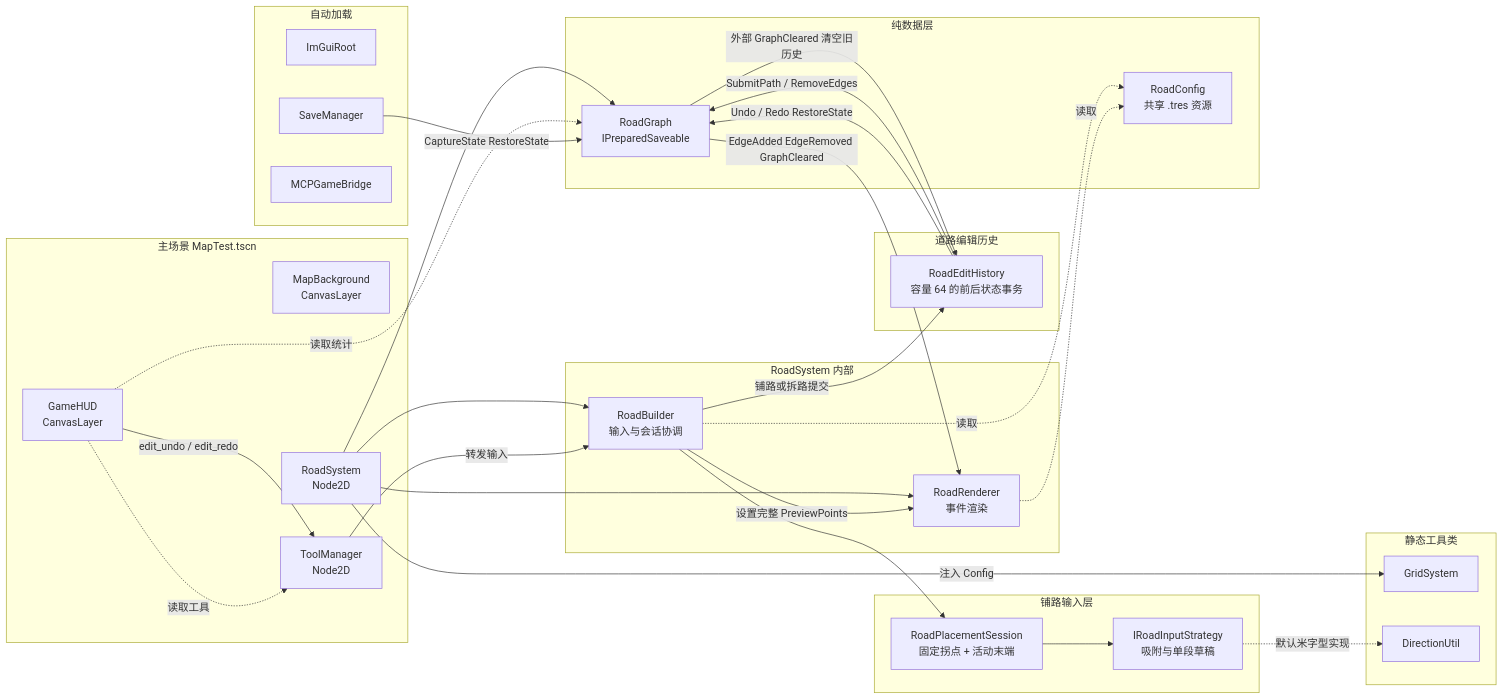
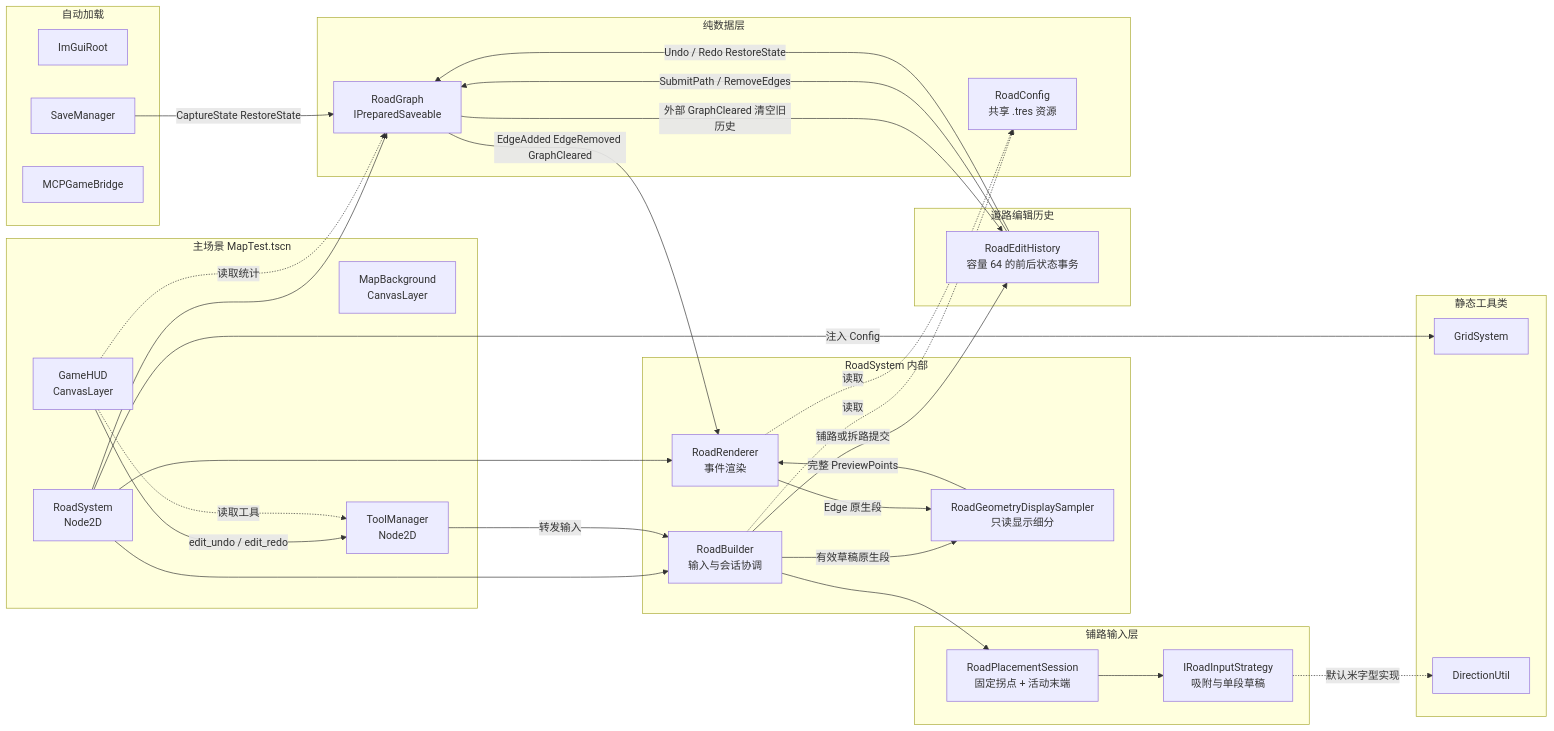
One commit to xianfishyu/SimpleCities changed the first of 9 diagrams in docs/reference/game-logic.md. Above: the diagram before and after it, drawn with Mermaid. The commit also changed other lines of this file and 11 other files, not shown here.

````diff
--- a/docs/reference/game-logic.md
+++ b/docs/reference/game-logic.md
@@ -11,65 +11,68 @@
 ```mermaid
 flowchart LR
     subgraph Autoload["自动加载"]
         ImGuiRoot["ImGuiRoot"]
         SaveMgr["SaveManager"]
         MCP["MCPGameBridge"]
     end
 
     subgraph SceneTree["主场景 MapTest.tscn"]
         MapBg["MapBackground<br/>CanvasLayer"]
         RoadSys["RoadSystem<br/>Node2D"]
         ToolMgr["ToolManager<br/>Node2D"]
         GameHUD["GameHUD<br/>CanvasLayer"]
     end
 
     subgraph RoadInternal["RoadSystem 内部"]
         RoadBuilder["RoadBuilder<br/>输入与会话协调"]
         RoadRenderer["RoadRenderer<br/>事件渲染"]
+        DisplaySampler["RoadGeometryDisplaySampler<br/>只读显示细分"]
     end
 
     subgraph RoadInput["铺路输入层"]
         Placement["RoadPlacementSession<br/>固定拐点 + 活动末端"]
         Strategy["IRoadInputStrategy<br/>吸附与单段草稿"]
     end
 
     subgraph EditHistory["道路编辑历史"]
         History["RoadEditHistory<br/>容量 64 的前后状态事务"]
     end
 
     subgraph Data["纯数据层"]
         RoadGraph["RoadGraph<br/>IPreparedSaveable"]
         RoadConfig["RoadConfig<br/>共享 .tres 资源"]
     end
 
     subgraph Util["静态工具类"]
         GridSystem["GridSystem"]
         DirectionUtil["DirectionUtil"]
     end
 
     RoadSys --> RoadBuilder
     RoadSys --> RoadRenderer
     RoadSys --> RoadGraph
     RoadSys -->|注入 Config| GridSystem
 
     RoadBuilder -->|铺路或拆路提交| History
     History -->|SubmitPath / RemoveEdges| RoadGraph
     History -->|Undo / Redo RestoreState| RoadGraph
-    RoadBuilder -->|设置完整 PreviewPoints| RoadRenderer
+    RoadBuilder -->|有效草稿原生段| DisplaySampler
+    DisplaySampler -->|完整 PreviewPoints| RoadRenderer
     RoadBuilder -.读取.-> RoadConfig
     RoadBuilder --> Placement
     Placement --> Strategy
     Strategy -.默认米字型实现.-> DirectionUtil
 
     RoadGraph -->|EdgeAdded EdgeRemoved GraphCleared| RoadRenderer
+    RoadRenderer -->|Edge 原生段| DisplaySampler
     RoadGraph -->|外部 GraphCleared 清空旧历史| History
 
     RoadRenderer -.读取.-> RoadConfig
 
     ToolMgr -->|转发输入| RoadBuilder
     GameHUD -->|edit_undo / edit_redo| ToolMgr
     GameHUD -.读取统计.-> RoadGraph
     GameHUD -.读取工具.-> ToolMgr
 
     SaveMgr -->|CaptureState RestoreState| RoadGraph
 ```
````
